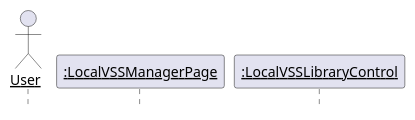
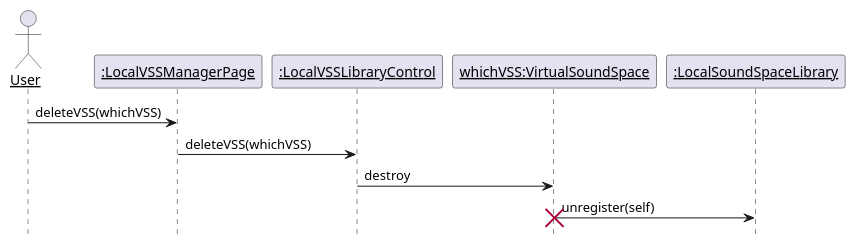
One commit to kpp19920121/doc changed the eighth of 20 diagrams in 需求定义和分析/SeqDiagram.md. Above: the diagram before and after it, drawn with PlantUML. The commit also changed other lines of this file and 20 other files, not shown here.

````diff
--- a/需求定义和分析/SeqDiagram.md
+++ b/需求定义和分析/SeqDiagram.md
@@ -328,13 +377,20 @@
 ```PlantUML
-@startuml RenameVSS
+@startuml DeleteVSS
 hide footbox
 skinparam sequenceParticipant underline
 
 actor User as user
 participant ":LocalVSSManagerPage" as page
-participant ":LocalVSSLibraryControl" as library
+participant ":LocalVSSLibraryControl" as control
+participant "whichVSS:VirtualSoundSpace" as vss
+participant ":LocalSoundSpaceLibrary" as library
 
+user -> page: deleteVSS(whichVSS)
+page -> control: deleteVSS(whichVSS)
 
+control -> vss: destroy
+vss -> library: unregister(self)
+destroy vss
 
 @enduml
 ```
````
